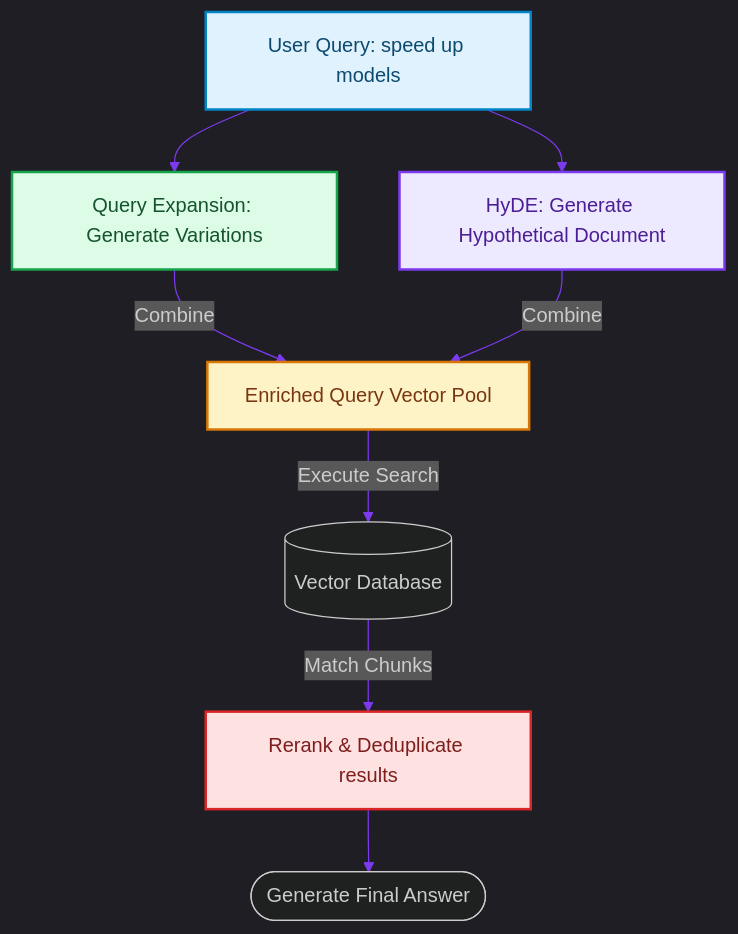
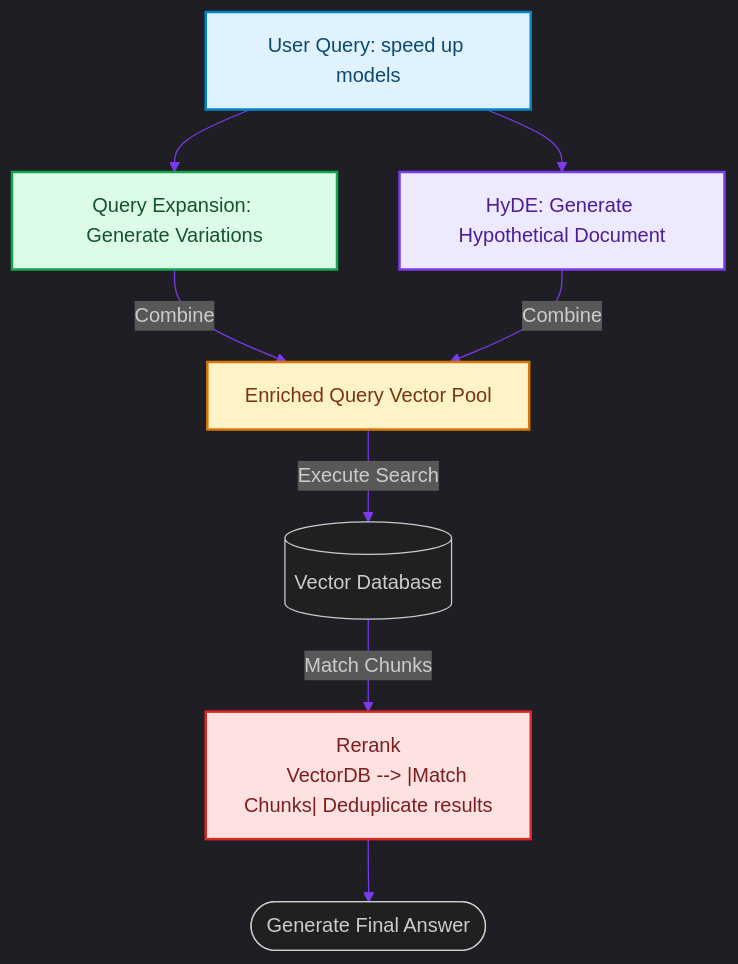
The diagram in blog/posts/rag-query-expansion-hyde-search-recall.md (akmalkhaniub/akmalkhaniub.github.io), drawn with Mermaid before and after one commit. The commit also changed other lines of this file and 894 other files, not shown here.

Commit message:
feat(blog): upgrade all 444 posts with unique staggered dates, 2-col Mermaid spines, benchmark tables, code blocks, and trade-offs

````diff
--- a/blog/posts/rag-query-expansion-hyde-search-recall.md
+++ b/blog/posts/rag-query-expansion-hyde-search-recall.md
@@ -16,24 +16,25 @@
 ```mermaid
 %%{init: {'theme': 'dark', 'themeVariables': { 'primaryColor': '#7c3aed', 'primaryTextColor': '#f3f4f6', 'primaryBorderColor': '#a78bfa', 'lineColor': '#7c3aed', 'secondaryColor': '#111827', 'tertiaryColor': '#0b0f19'}}}%%
 flowchart TD
     UserQuery["User Query: speed up models"] --> Expand["Query Expansion: Generate Variations"]
     UserQuery --> HyDEGen["HyDE: Generate Hypothetical Document"]
     
     Expand -->|Combine| SearchPool["Enriched Query Vector Pool"]
     HyDEGen -->|Combine| SearchPool
     
     SearchPool -->|Execute Search| VectorDB[(Vector Database)]
-    VectorDB -->|Match Chunks| Rerank["Rerank & Deduplicate results"]
+    VectorDB --> |Match Chunks| Rerank["Rerank
+    VectorDB --> |Match Chunks| Deduplicate results"]
     Rerank --> LLM([Generate Final Answer])
 
 classDef green fill:#dcfce7,stroke:#16a34a,stroke-width:2px,color:#14532d;
 classDef red fill:#fee2e2,stroke:#dc2626,stroke-width:2px,color:#7f1d1d;
 classDef blue fill:#e0f2fe,stroke:#0284c7,stroke-width:2px,color:#0c4a6e;
 classDef yellow fill:#fef3c7,stroke:#d97706,stroke-width:2px,color:#78350f;
 classDef purple fill:#ede9fe,stroke:#7c3aed,stroke-width:2px,color:#4c1d95;
 class UserQuery blue
 class Expand green
 class HyDEGen purple
 class SearchPool yellow
 class Rerank red
 ```
````
